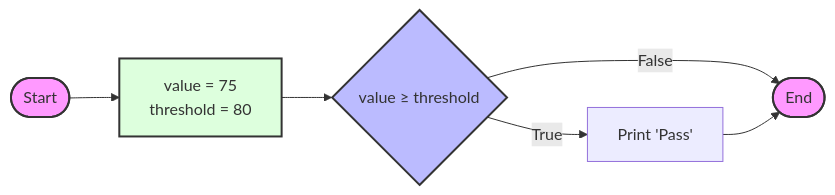
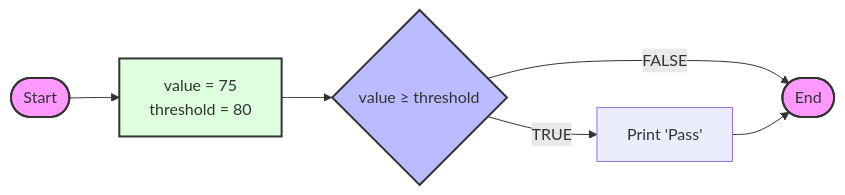
The third of 6 diagrams in selection-control.qmd (coatless-textbooks/c4ds), drawn with Mermaid before and after one commit. The commit also changed other lines of this file and 1 other file, not shown here.

Commit message:
R TRUE/FALSE type instead of True/False.

````diff
--- a/selection-control.qmd
+++ b/selection-control.qmd
@@ -143,16 +141,16 @@
 ```{mermaid}
 %%| label: fig-if-threshold-example
 %%| fig-cap: Visual representation of the if statement with a threshold.
 %%| echo: false
 graph LR
     A([Start]) --> B["value = 75<br>threshold = 80"]
     B --> C{"value &ge; threshold"}
-    C -->|True| D["Print 'Pass'"]
-    C -->|False| F([End])
+    C -->|TRUE| D["Print 'Pass'"]
+    C -->|FALSE| F([End])
     D --> F
 
     style A fill:#f9f,stroke:#333,stroke-width:2px
     style B fill:#dfd,stroke:#333,stroke-width:2px
     style C fill:#bbf,stroke:#333,stroke-width:2px
     style F fill:#f9f,stroke:#333,stroke-width:2px
 ```
````
